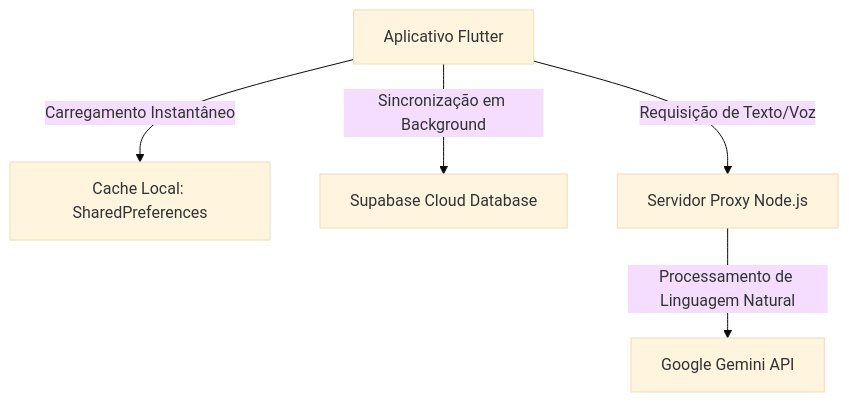
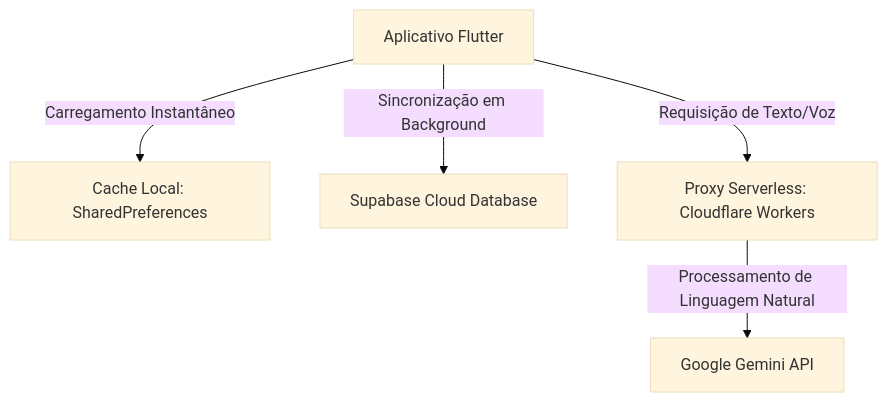
One commit to mateusartur27/fithub-agua changed the diagram in documentacao_fithub_agua.md. Above: the diagram before and after it, drawn with Mermaid (base theme). The commit also changed other lines of this file, not shown here.

Commit message:
docs: detalhar infraestrutura serverless do proxy de IA no Cloudflare Workers

````diff
--- a/documentacao_fithub_agua.md
+++ b/documentacao_fithub_agua.md
@@ -39,7 +39,7 @@
 ```mermaid
 graph TD
     A[Aplicativo Flutter] -->|Carregamento Instantâneo| B[Cache Local: SharedPreferences]
     A -->|Sincronização em Background| C[Supabase Cloud Database]
-    A -->|Requisição de Texto/Voz| D[Servidor Proxy Node.js]
+    A -->|Requisição de Texto/Voz| D[Proxy Serverless: Cloudflare Workers]
     D -->|Processamento de Linguagem Natural| E[Google Gemini API]
 ```
````
